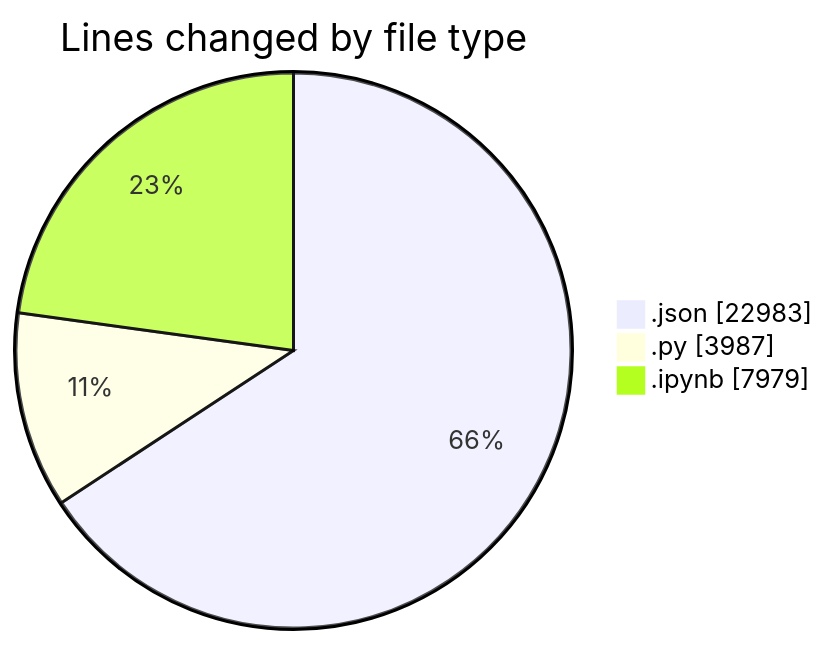
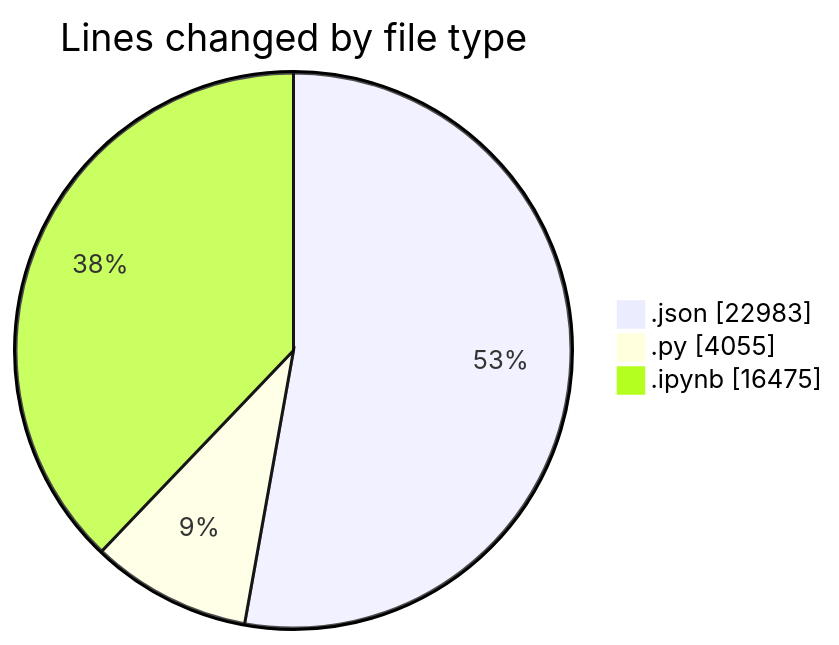
The first of 2 diagrams in 2025-10-04/untitled__workspace_/README.md (MatusMokan/code-tracking), drawn with Mermaid before and after one commit. The commit also changed other lines of this file and 1 other file, not shown here.

````diff
--- a/2025-10-04/untitled__workspace_/README.md
+++ b/2025-10-04/untitled__workspace_/README.md
@@ -35,7 +35,7 @@
 ```mermaid
 pie showData
 title Lines changed by file type
 ".json" : 22983
-".py" : 3987
-".ipynb" : 7979
+".py" : 4055
+".ipynb" : 16475
 ```
````
